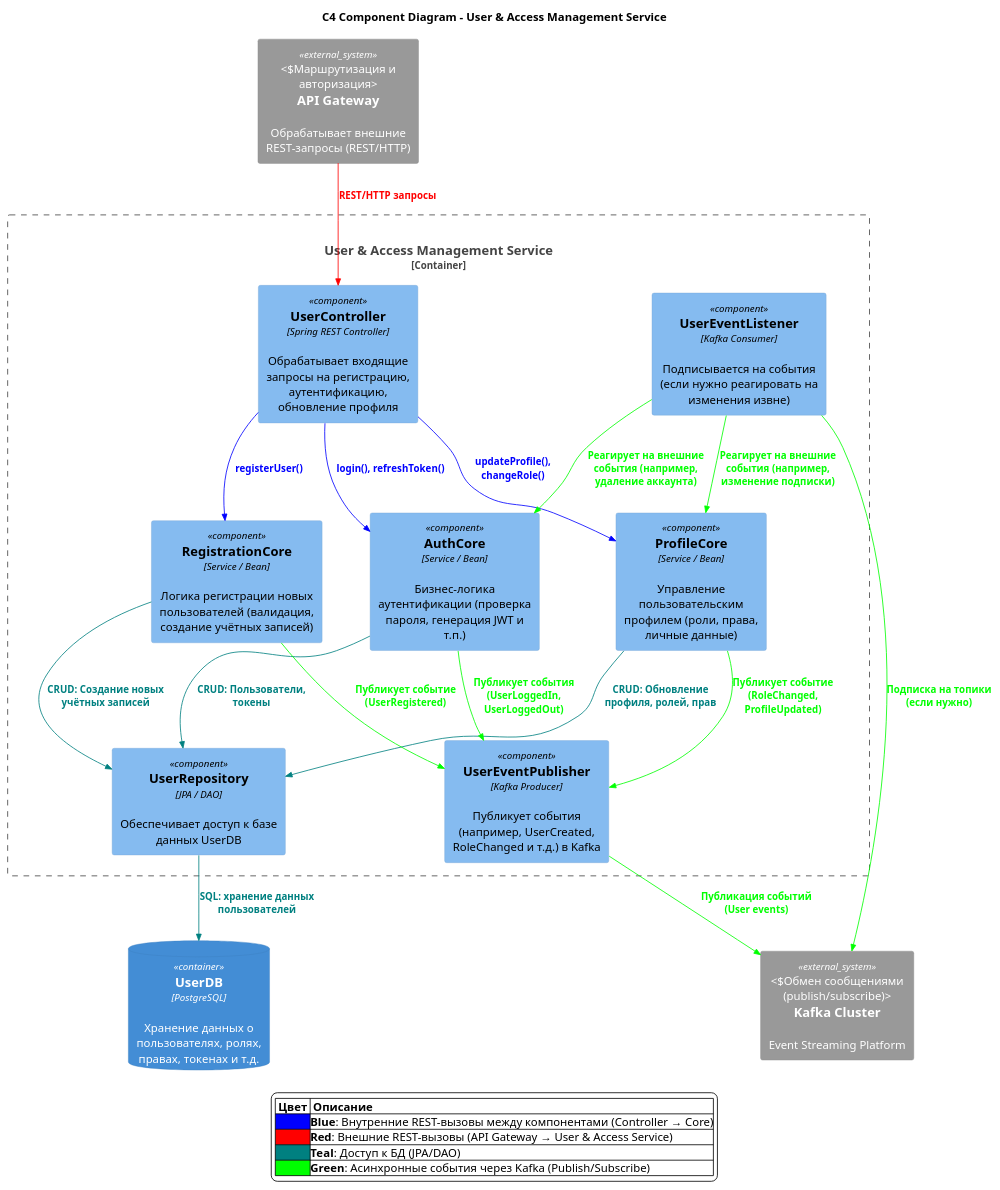
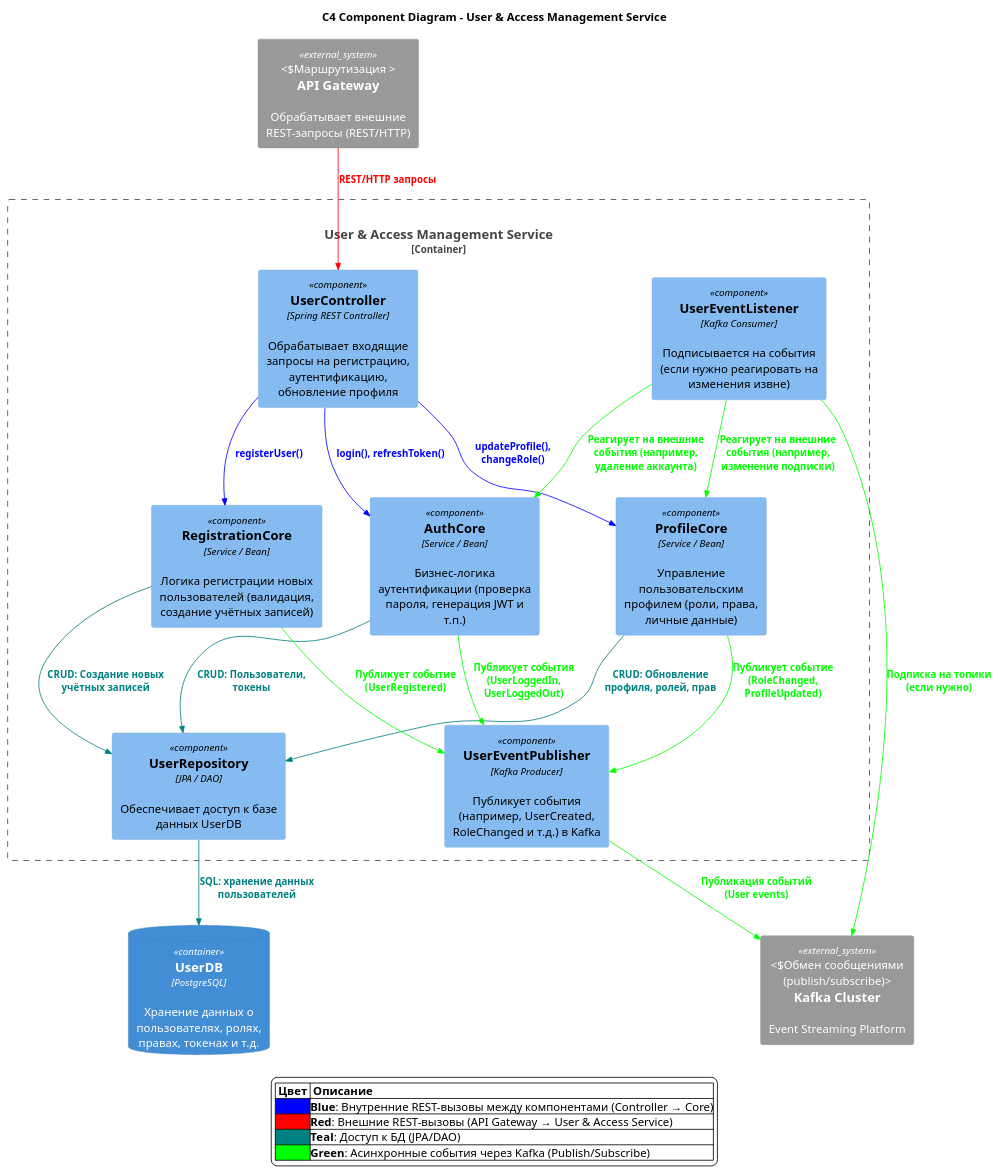
One commit to abryzgin/architecture-sprint-3 changed the diagram in docs/to_be/component_us.puml. Above: the diagram before and after it, drawn with PlantUML. The commit also changed 5 other files, not shown here.

```diff
--- a/docs/to_be/component_us.puml
+++ b/docs/to_be/component_us.puml
@@ -1,76 +1,76 @@
 @startuml
 !include ../C4/C4_Component.puml
 
 ' Делаем связи по умолчанию чёрными
 UpdateRelStyle(black, black)
 
 ' Объявляем теги, используемые для цветных линий
 AddRelTag("blueLine",   $lineColor="#0000FF", $textColor="#0000FF")
 AddRelTag("redLine",    $lineColor="#FF0000", $textColor="#FF0000")
 AddRelTag("tealLine",   $lineColor="#008080", $textColor="#008080")
 AddRelTag("greenLine",  $lineColor="#00FF00", $textColor="#00FF00")
 AddRelTag("orangeLine", $lineColor="#FFA500", $textColor="#FFA500")
 
 title C4 Component Diagram – User & Access Management Service
 
 ' -- Внешние объекты (за пределами userService) --
-System_Ext(apiGateway, "API Gateway", "Обрабатывает внешние REST-запросы (REST/HTTP)", "Маршрутизация и авторизация")
+System_Ext(apiGateway, "API Gateway", "Обрабатывает внешние REST-запросы (REST/HTTP)", "Маршрутизация ")
 System_Ext(kafka, "Kafka Cluster", "Event Streaming Platform", "Обмен сообщениями (publish/subscribe)")
 ContainerDb(userDb, "UserDB", "PostgreSQL", "Хранение данных о пользователях, ролях, правах, токенах и т.д.")
 
 '
 ' --- Граница микросервиса User & Access Management Service ---
 '
 Container_Boundary(userService, "User & Access Management Service", "Java/Spring Boot") {
     Component(userController, "UserController", "Spring REST Controller", "Обрабатывает входящие запросы на регистрацию, аутентификацию, обновление профиля")
     Component(authCore, "AuthCore", "Service / Bean", "Бизнес-логика аутентификации (проверка пароля, генерация JWT и т.п.)")
     Component(registrationCore, "RegistrationCore", "Service / Bean", "Логика регистрации новых пользователей (валидация, создание учётных записей)")
     Component(profileCore, "ProfileCore", "Service / Bean", "Управление пользовательским профилем (роли, права, личные данные)")
     Component(userRepository, "UserRepository", "JPA / DAO", "Обеспечивает доступ к базе данных UserDB")
     Component(eventListener, "UserEventListener", "Kafka Consumer", "Подписывается на события (если нужно реагировать на изменения извне)")
     Component(eventPublisher, "UserEventPublisher", "Kafka Producer", "Публикует события (например, UserCreated, RoleChanged и т.д.) в Kafka")
 }
 
 '
 ' --- Связи внутри микросервиса (в рамках Boundary) ---
 '
 Rel(userController, authCore,         "login(), refreshToken()",       $tags="blueLine")
 Rel(userController, registrationCore, "registerUser()",                $tags="blueLine")
 Rel(userController, profileCore,      "updateProfile(), changeRole()", $tags="blueLine")
 
 Rel(authCore,         userRepository, "CRUD: Пользователи, токены",     $tags="tealLine")
 Rel(registrationCore, userRepository, "CRUD: Создание новых учётных записей", $tags="tealLine")
 Rel(profileCore,      userRepository, "CRUD: Обновление профиля, ролей, прав", $tags="tealLine")
 
 Rel(eventListener,    authCore,         "Реагирует на внешние события (например, удаление аккаунта)", $tags="greenLine")
 Rel(eventListener,    profileCore,      "Реагирует на внешние события (например, изменение подписки)", $tags="greenLine")
 
 Rel(authCore,         eventPublisher,   "Публикует события (UserLoggedIn, UserLoggedOut)", $tags="greenLine")
 Rel(registrationCore, eventPublisher,   "Публикует событие (UserRegistered)",              $tags="greenLine")
 Rel(profileCore,      eventPublisher,   "Публикует событие (RoleChanged, ProfileUpdated)", $tags="greenLine")
 
 '
 ' --- Связи с внешними системами ---
 '
 Rel(apiGateway, userController, "REST/HTTP запросы", $tags="redLine")
 Rel(userRepository, userDb,      "SQL: хранение данных пользователей", $tags="tealLine")
 
 Rel(eventListener, kafka,    "Подписка на топики (если нужно)",       $tags="greenLine")
 Rel(eventPublisher, kafka,   "Публикация событий (User events)",      $tags="greenLine")
 
 '
 ' --- Легенда ---
 '
 skinparam legend {
   BackgroundColor #FFFFFF
   BorderColor #000000
   FontColor #000000
 }
 legend
 |= Цвет |= Описание |
 |<#0000FF>|**Blue**: Внутренние REST-вызовы между компонентами (Controller → Core)|
 |<#FF0000>|**Red**: Внешние REST-вызовы (API Gateway → User & Access Service)|
 |<#008080>|**Teal**: Доступ к БД (JPA/DAO)|
 |<#00FF00>|**Green**: Асинхронные события через Kafka (Publish/Subscribe)|
 end legend
 @enduml
```
